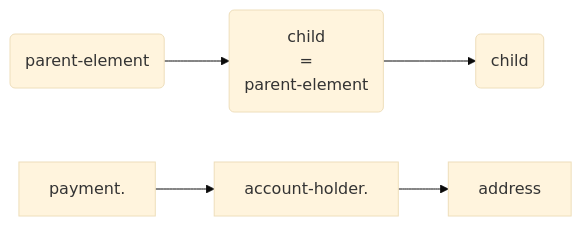
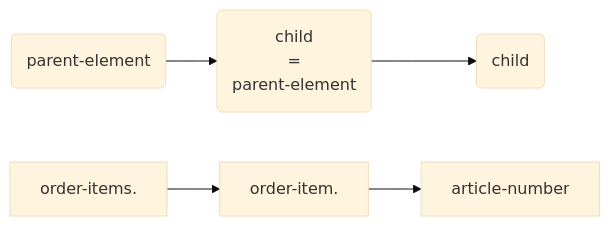
Before and after one commit to wirecard/merchant-documentation-gateway: the diagram in 11-01-02-credit-card_fields.adoc, drawn with Mermaid (base theme). The commit also changed other lines of this file, not shown here.

Commit message:
Update mermaid

```diff
--- a/11-01-02-credit-card_fields.adoc
+++ b/11-01-02-credit-card_fields.adoc
@@ -52,13 +52,13 @@
 [mermaid, CC_Fields_intro_elements_parentchild,png]
 ----
 graph LR
 A("parent-element")-->B
 B("child <br> = <br>parent-element")-->C
 C(child)
-E[payment.]-->F
-F[account-holder.]-->G
-G[address]
+E[order-items.]-->F
+F[order-item.]-->G
+G[article-number]
 class E squared-rect
 class F squared-rect
 class G squared-rect
 ----
```
